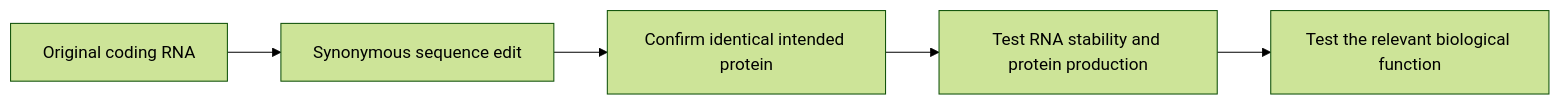
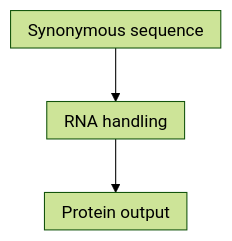
One commit to jasonLaster/oncoguide changed the diagram in wiki/education/concepts/engineering-and-manufacturing/nucleic-acid-design/codon-optimization.md. Above: the diagram before and after it, drawn with Mermaid (forest theme). The commit also changed other lines of this file and 23 other files, not shown here.

````diff
--- a/wiki/education/concepts/engineering-and-manufacturing/nucleic-acid-design/codon-optimization.md
+++ b/wiki/education/concepts/engineering-and-manufacturing/nucleic-acid-design/codon-optimization.md
@@ -38,7 +40,6 @@
 ```mermaid
-flowchart LR
-  A[Original coding RNA] --> B[Synonymous sequence edit]
-  B --> C[Confirm identical intended protein]
-  C --> D[Test RNA stability and protein production]
-  D --> E[Test the relevant biological function]
+%%{init: {"htmlLabels":false,"flowchart":{"htmlLabels":false,"padding":8,"nodeSpacing":25}}}%%
+flowchart TD
+  A[Synonymous sequence] --> B[RNA handling]
+  B --> C[Protein output]
 ```
````
